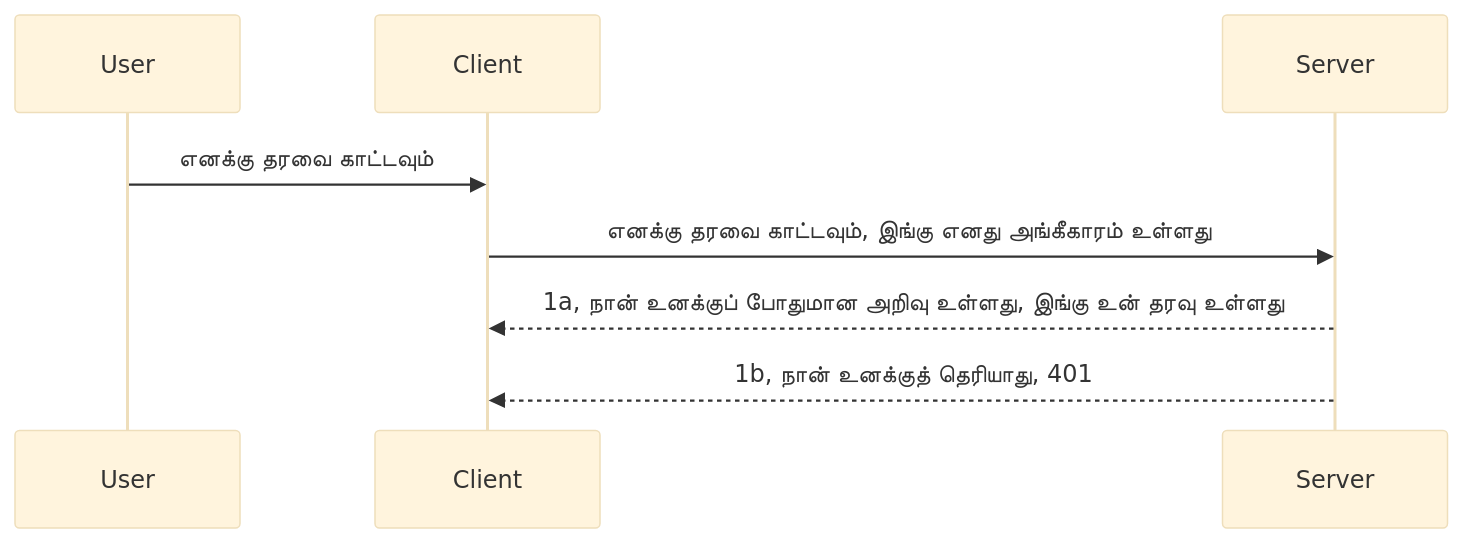
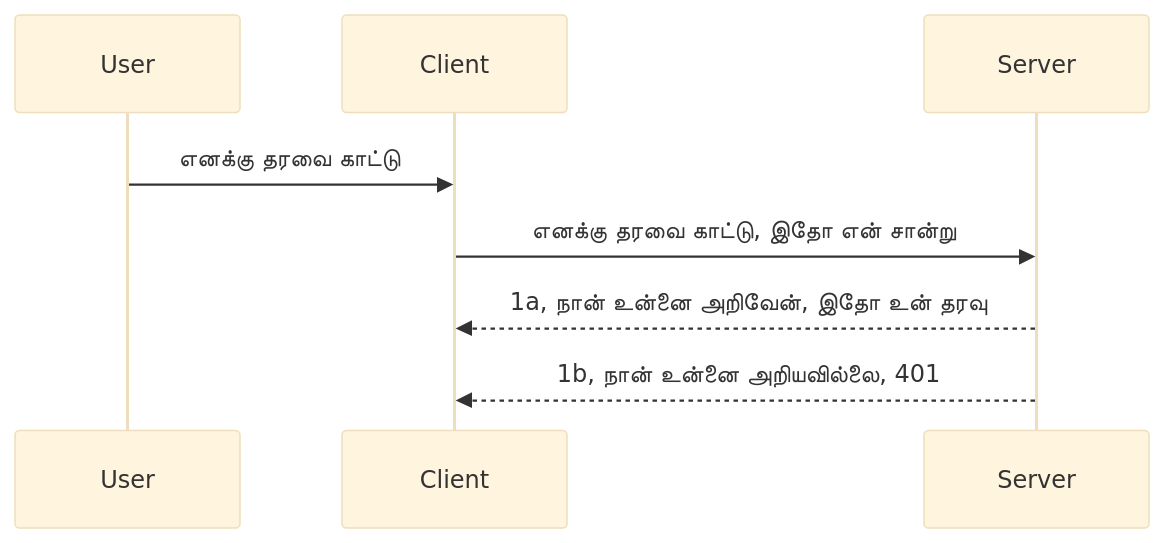
Before and after one commit to HIDORAKAI002/ai-workspace-archive: the diagram in mcp_ecosystem__model_context_protocol/mcp_learning_resources/mcp-for-beginners/translations/ta/03-GettingStarted/11-simple-auth/README.md, drawn with Mermaid (base theme). The commit also changed other lines of this file and 1160 other files, not shown here.

````diff
--- a/mcp_ecosystem__model_context_protocol/mcp_learning_resources/mcp-for-beginners/translations/ta/03-GettingStarted/11-simple-auth/README.md
+++ b/mcp_ecosystem__model_context_protocol/mcp_learning_resources/mcp-for-beginners/translations/ta/03-GettingStarted/11-simple-auth/README.md
@@ -24,11 +24,11 @@
 ```mermaid
 sequenceDiagram
    participant User
    participant Client
    participant Server
 
-   User->>Client: எனக்கு தரவை காட்டவும்
-   Client->>Server: எனக்கு தரவை காட்டவும், இங்கு எனது அங்கீகாரம் உள்ளது
-   Server-->>Client: 1a, நான் உனக்குப் போதுமான அறிவு உள்ளது, இங்கு உன் தரவு உள்ளது
-   Server-->>Client: 1b, நான் உனக்குத் தெரியாது, 401 
+   User->>Client: எனக்கு தரவை காட்டு
+   Client->>Server: எனக்கு தரவை காட்டு, இதோ என் சான்று
+   Server-->>Client: 1a, நான் உன்னை அறிவேன், இதோ உன் தரவு
+   Server-->>Client: 1b, நான் உன்னை அறியவில்லை, 401 
 ```
````
